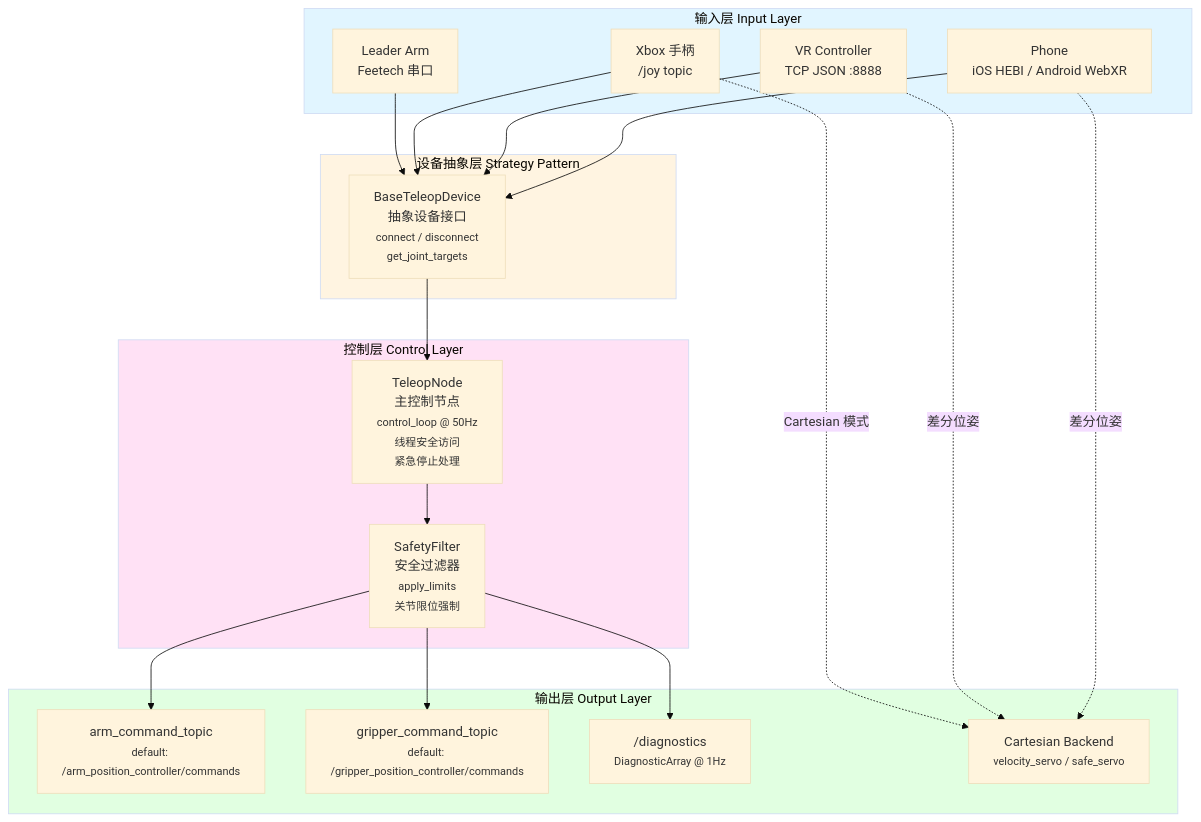
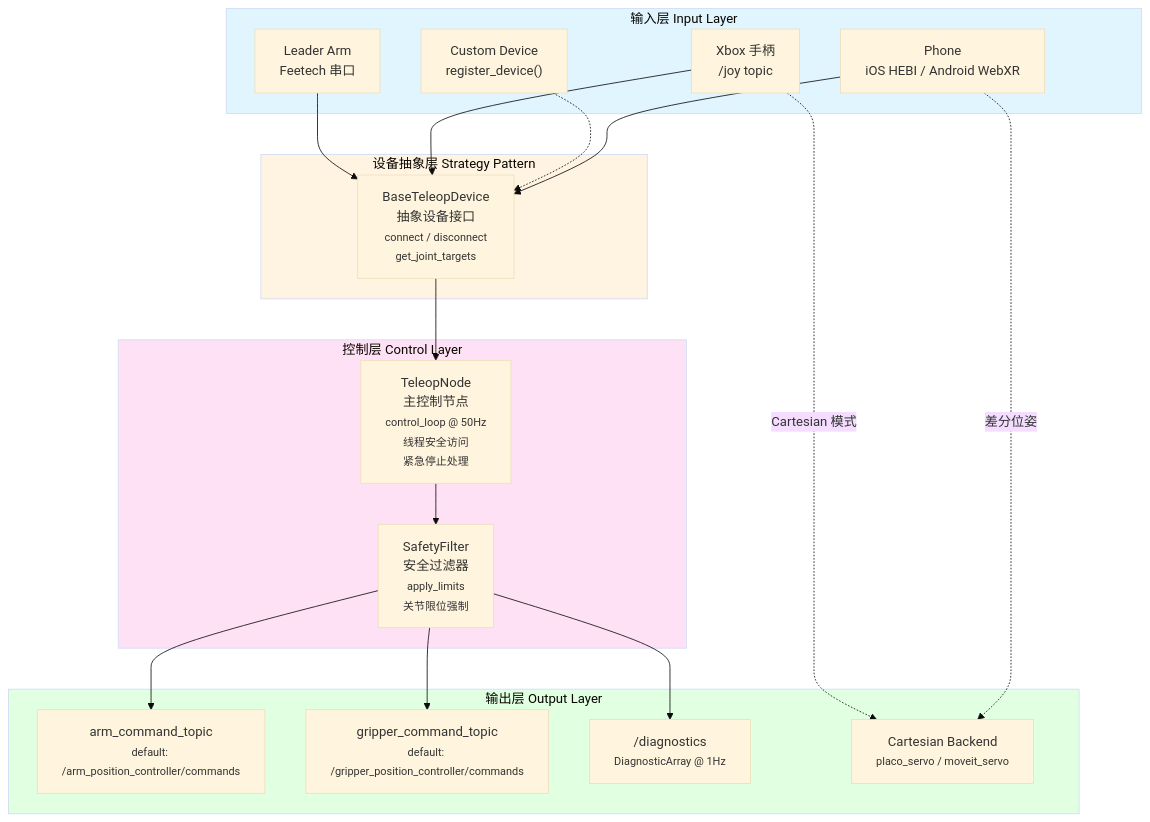
Before and after one commit to StoneStar-Aiknow/IB_Robot: the first of 2 diagrams in src/robot_teleop/README.md, drawn with Mermaid (base theme). The commit also changed other lines of this file and 25 other files, not shown here.

First line of the commit message:
robot_moveit,robot_teleop: remove SO-101 safe servo

````diff
--- a/src/robot_teleop/README.md
+++ b/src/robot_teleop/README.md
@@ -21,44 +21,43 @@
 ```mermaid
 graph TB
     subgraph Input["输入层 Input Layer"]
         LA["Leader Arm<br/>Feetech 串口"]
         XB["Xbox 手柄<br/>/joy topic"]
-        VR["VR Controller<br/>TCP JSON :8888"]
+        CUSTOM["Custom Device<br/>register_device()"]
         PH["Phone<br/>iOS HEBI / Android WebXR"]
     end
 
     subgraph Device["设备抽象层 Strategy Pattern"]
         Base["BaseTeleopDevice<br/>抽象设备接口<br/><small>connect / disconnect<br/>get_joint_targets</small>"]
     end
 
     subgraph Control["控制层 Control Layer"]
         Node["TeleopNode<br/>主控制节点<br/><small>control_loop @ 50Hz<br/>线程安全访问<br/>紧急停止处理</small>"]
         Filter["SafetyFilter<br/>安全过滤器<br/><small>apply_limits<br/>关节限位强制</small>"]
     end
 
     subgraph Output["输出层 Output Layer"]
         ARM["arm_command_topic<br/><small>default: /arm_position_controller/commands</small>"]
         GRIP["gripper_command_topic<br/><small>default: /gripper_position_controller/commands</small>"]
         DIAG["/diagnostics<br/><small>DiagnosticArray @ 1Hz</small>"]
-        SERVO["Cartesian Backend<br/><small>velocity_servo / safe_servo</small>"]
+        SERVO["Cartesian Backend<br/><small>placo_servo / moveit_servo</small>"]
     end
 
     LA --> Base
     XB --> Base
-    VR --> Base
+    CUSTOM -.-> Base
     PH --> Base
 
     Base --> Node
     Node --> Filter
     Filter --> ARM
     Filter --> GRIP
     Filter --> DIAG
     XB -.->|"Cartesian 模式"| SERVO
-    VR -.->|"差分位姿"| SERVO
     PH -.->|"差分位姿"| SERVO
 
     style Input fill:#e1f5ff
     style Device fill:#fff4e1
     style Control fill:#ffe1f5
     style Output fill:#e1ffe1
 ```
````
